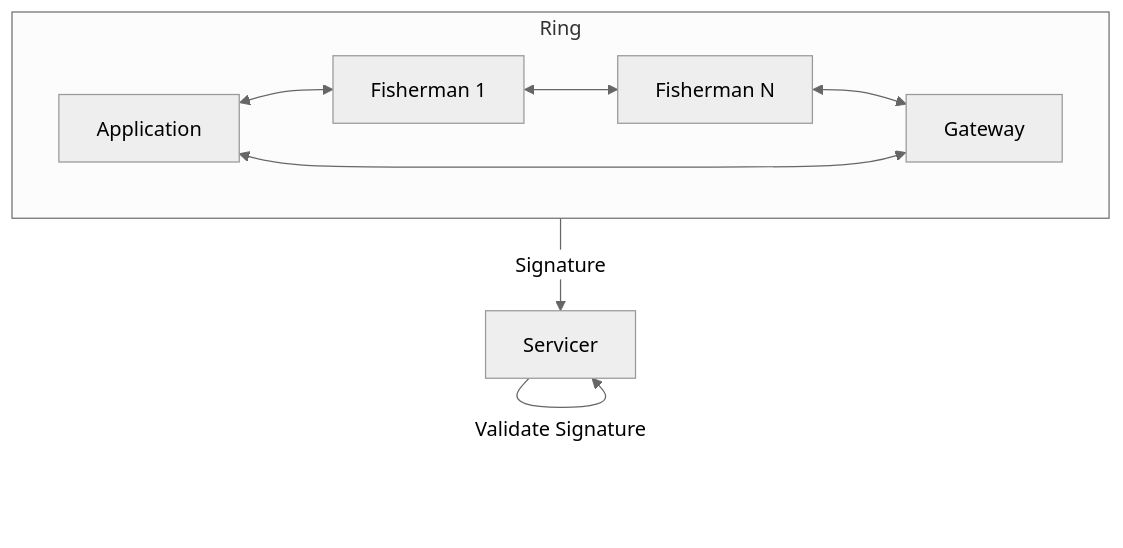
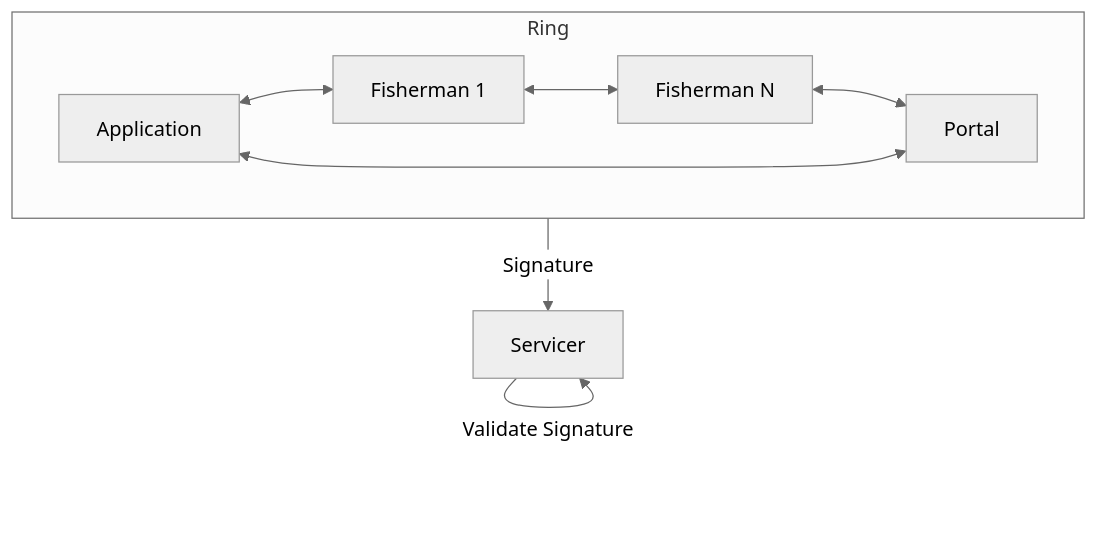
Before and after one commit to pokt-network/pocket-network-protocol: the seventh of 16 diagrams in utility/README.md, drawn with Mermaid (neutral theme). The commit also changed other lines of this file and 1 other file, not shown here.

Commit message:
Rename Gateway to Portal

````diff
--- a/utility/README.md
+++ b/utility/README.md
@@ -572,11 +572,11 @@
 ```mermaid
 flowchart
     subgraph Ring
         Application <--> F1["Fisherman 1"]
         F1 <--> F2["Fisherman N"]
-        F2 <--> Gateway
-        Gateway <--> Application
+        F2 <--> Portal
+        Portal <--> Application
     end
     Ring --Signature--> Servicer
     Servicer--Validate Signature-->Servicer
 ```
````
